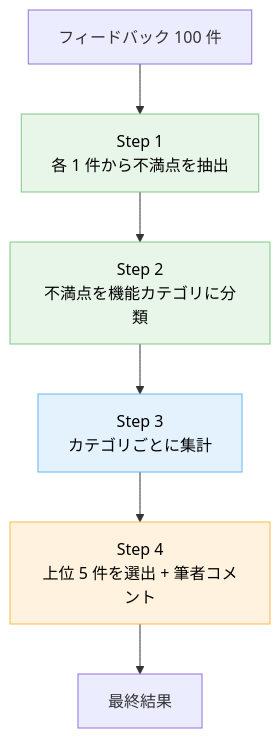
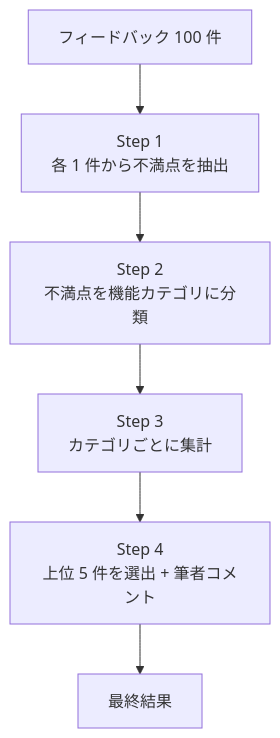
Before and after one commit to dinekt/dinekt-wiki: the second of 3 diagrams in docs/case-studies/複雑なタスクを-llm-に段階分解させて精度を上げた事例.md, drawn with Mermaid. The commit also changed other lines of this file and 70 other files, not shown here.

First line of the commit message:
fix(mermaid): strip all inline styling, rely on theme

````diff
--- a/docs/case-studies/複雑なタスクを-llm-に段階分解させて精度を上げた事例.md
+++ b/docs/case-studies/複雑なタスクを-llm-に段階分解させて精度を上げた事例.md
@@ -47,13 +45,9 @@
 ```mermaid
 flowchart TD
     I[フィードバック 100 件] --> S1[Step 1<br/>各 1 件から不満点を抽出]
     S1 --> S2[Step 2<br/>不満点を機能カテゴリに分類]
     S2 --> S3[Step 3<br/>カテゴリごとに集計]
     S3 --> S4[Step 4<br/>上位 5 件を選出 + 筆者コメント]
     S4 --> O[最終結果]
 
-    style S1 fill:#e8f5e9,stroke:#81c784,color:#000
-    style S2 fill:#e8f5e9,stroke:#81c784,color:#000
-    style S3 fill:#e3f2fd,stroke:#64b5f6,color:#000
-    style S4 fill:#fff3e0,stroke:#ffb74d,color:#000
 ```
````
